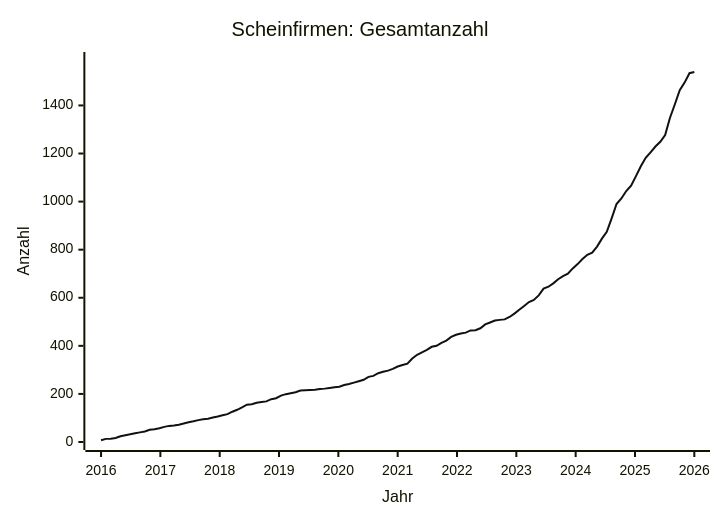
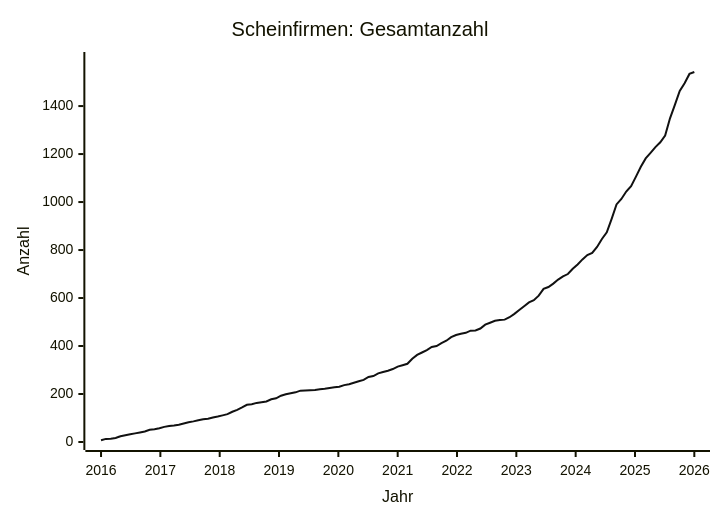
The diagram in data/STATS.md (arjoma/scheinfirmen-at), drawn with Mermaid before and after one commit. The commit also changed other lines of this file and 3 other files, not shown here.

````diff
--- a/data/STATS.md
+++ b/data/STATS.md
@@ -9,13 +9,13 @@
 ```mermaid
 ---
 config:
   themeVariables:
     xyChart:
       plotColorPalette: "#111111"
 ---
 xychart-beta
     title "Scheinfirmen: Gesamtanzahl"
     x-axis "Jahr" 2016 --> 2026
-    y-axis "Anzahl" 0 --> 1589
-    line [7, 13, 14, 17, 24, 28, 32, 36, 40, 44, 51, 53, 57, 63, 67, 69, 72, 77, 82, 86, 91, 95, 97, 102, 106, 111, 116, 126, 134, 144, 155, 157, 163, 166, 169, 178, 182, 193, 199, 203, 207, 214, 215, 216, 217, 220, 222, 225, 228, 230, 237, 241, 247, 253, 259, 271, 275, 286, 292, 297, 304, 314, 320, 326, 347, 363, 373, 383, 396, 400, 412, 422, 437, 446, 451, 455, 464, 465, 473, 489, 497, 505, 508, 510, 520, 534, 550, 566, 582, 591, 610, 638, 646, 660, 677, 690, 700, 722, 740, 761, 779, 788, 813, 846, 874, 930, 990, 1013, 1044, 1066, 1106, 1147, 1182, 1205, 1229, 1249, 1277, 1349, 1405, 1463, 1495, 1534, 1539]
+    y-axis "Anzahl" 0 --> 1592
+    line [7, 13, 14, 17, 24, 28, 32, 36, 40, 44, 51, 53, 57, 63, 67, 69, 72, 77, 82, 86, 91, 95, 97, 102, 106, 111, 116, 126, 134, 144, 155, 157, 163, 166, 169, 178, 182, 193, 199, 203, 207, 214, 215, 216, 217, 220, 222, 225, 228, 230, 237, 241, 247, 253, 259, 271, 275, 286, 292, 297, 304, 314, 320, 326, 347, 363, 373, 383, 396, 400, 412, 422, 437, 446, 451, 455, 464, 465, 473, 489, 497, 505, 508, 510, 520, 534, 550, 566, 582, 591, 610, 638, 646, 660, 677, 690, 700, 722, 740, 761, 779, 788, 813, 846, 874, 930, 990, 1013, 1044, 1066, 1106, 1147, 1182, 1205, 1229, 1249, 1277, 1349, 1405, 1463, 1495, 1534, 1542]
 ```
````
